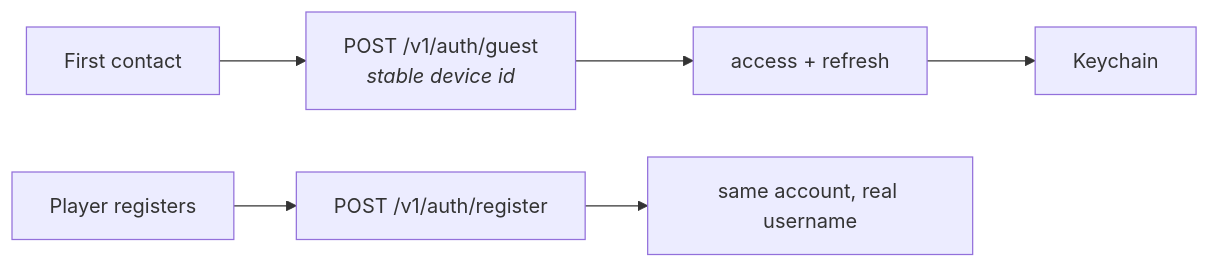
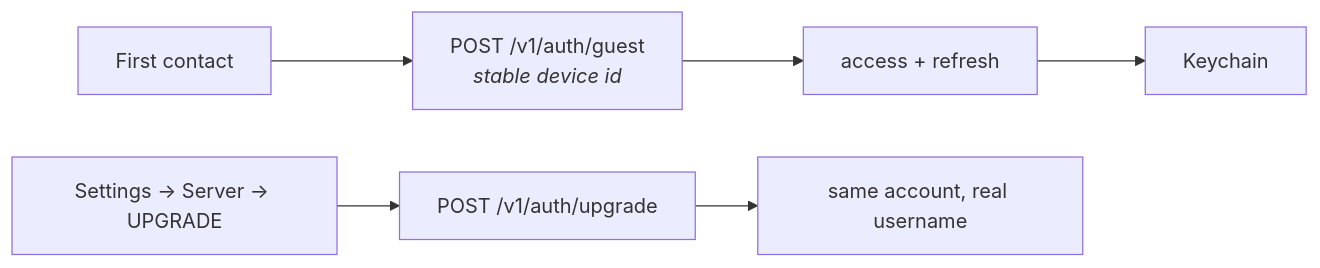
The third of 7 diagrams in docs/SYNC.md (hoangsonww/Flappy-Bird-Game), drawn with Mermaid before and after one commit. The commit also changed other lines of this file and 19 other files, not shown here.

````diff
--- a/docs/SYNC.md
+++ b/docs/SYNC.md
@@ -80,9 +81,9 @@
 ```mermaid
 flowchart LR
     First["First contact"] --> Guest["POST /v1/auth/guest<br/><i>stable device id</i>"]
     Guest --> Tokens["access + refresh"]
     Tokens --> KC["Keychain"]
 
-    Later["Player registers"] --> Upgrade["POST /v1/auth/register"]
+    Later["Settings → Server → UPGRADE"] --> Upgrade["POST /v1/auth/upgrade"]
     Upgrade --> Same["same account, real username"]
 ```
````
